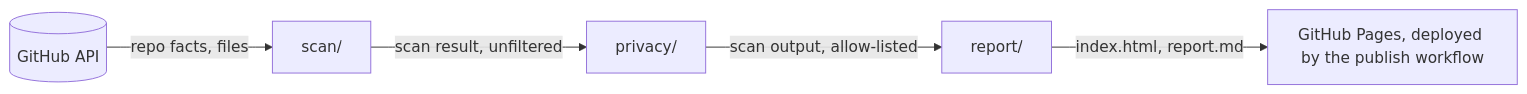
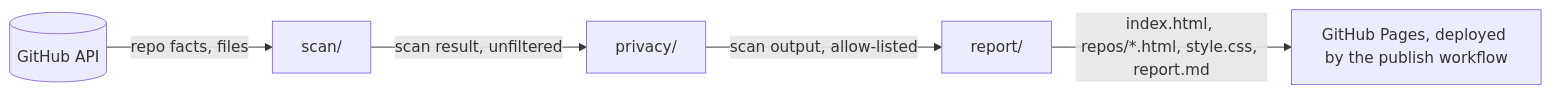
Before and after one commit to flegaspi700/portfolio-dashboard: the diagram in docs/architecture.md, drawn with Mermaid. The commit also changed other lines of this file and 16 other files, not shown here.

````diff
--- a/docs/architecture.md
+++ b/docs/architecture.md
@@ -17,7 +17,7 @@
 ```mermaid
 flowchart LR
     gh[("GitHub API")] -- "repo facts, files" --> scan["scan/"]
     scan -- "scan result, unfiltered" --> privacy["privacy/"]
     privacy -- "scan output, allow-listed" --> report["report/"]
-    report -- "index.html, report.md" --> pages["GitHub Pages, deployed by the publish workflow"]
+    report -- "index.html, repos/*.html, style.css, report.md" --> pages["GitHub Pages, deployed by the publish workflow"]
 ```
````
